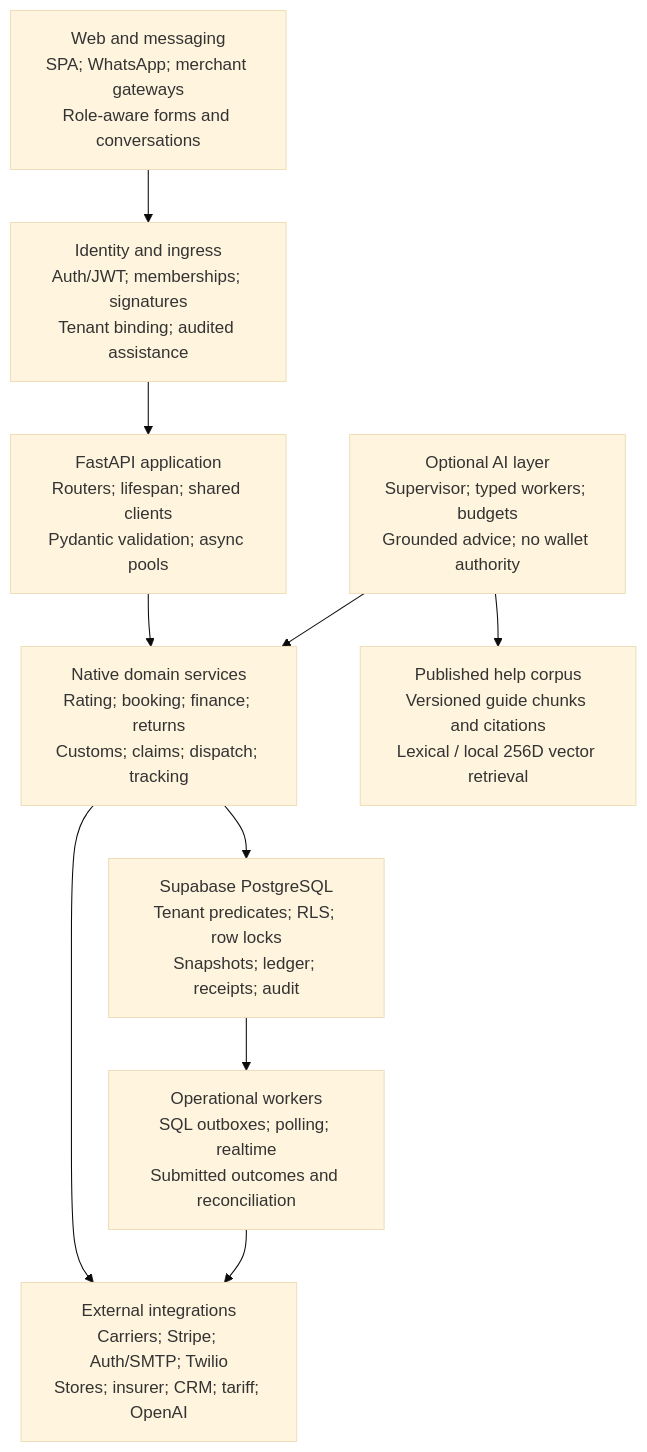
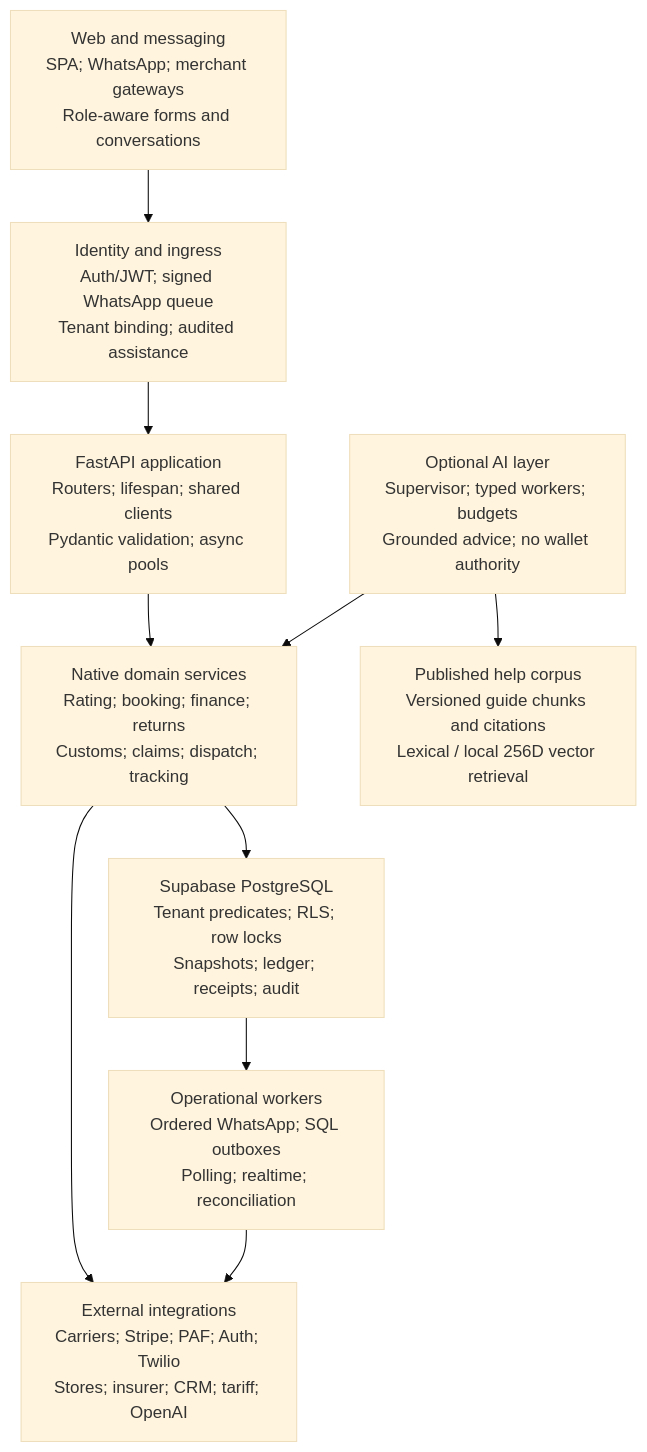
One commit to sync4ai-lab/easyinvio changed the diagram in docs/platform_overview/technical_architecture.mmd. Above: the diagram before and after it, drawn with Mermaid (base theme). The commit also changed 55 other files, not shown here.

Commit message:
Update architecture manual for queued WhatsApp and PAF lookup

```diff
--- a/docs/platform_overview/technical_architecture.mmd
+++ b/docs/platform_overview/technical_architecture.mmd
@@ -1,20 +1,20 @@
 %% Same logical nodes/edges as the SVG; detailed contracts are in the manual.
 flowchart TB
     clients["Web and messaging<br/>SPA; WhatsApp; merchant gateways<br/>Role-aware forms and conversations"]
-    auth["Identity and ingress<br/>Auth/JWT; memberships; signatures<br/>Tenant binding; audited assistance"]
+    auth["Identity and ingress<br/>Auth/JWT; signed WhatsApp queue<br/>Tenant binding; audited assistance"]
     api["FastAPI application<br/>Routers; lifespan; shared clients<br/>Pydantic validation; async pools"]
     ai["Optional AI layer<br/>Supervisor; typed workers; budgets<br/>Grounded advice; no wallet authority"]
     domain["Native domain services<br/>Rating; booking; finance; returns<br/>Customs; claims; dispatch; tracking"]
-    external["External integrations<br/>Carriers; Stripe; Auth/SMTP; Twilio<br/>Stores; insurer; CRM; tariff; OpenAI"]
+    external["External integrations<br/>Carriers; Stripe; PAF; Auth; Twilio<br/>Stores; insurer; CRM; tariff; OpenAI"]
     help["Published help corpus<br/>Versioned guide chunks and citations<br/>Lexical / local 256D vector retrieval"]
     db["Supabase PostgreSQL<br/>Tenant predicates; RLS; row locks<br/>Snapshots; ledger; receipts; audit"]
-    jobs["Operational workers<br/>SQL outboxes; polling; realtime<br/>Submitted outcomes and reconciliation"]
+    jobs["Operational workers<br/>Ordered WhatsApp; SQL outboxes<br/>Polling; realtime; reconciliation"]
     clients --> auth
     auth --> api
     api --> domain
     ai --> domain
     ai --> help
     domain --> external
     domain --> db
     db --> jobs
     jobs --> external
```
